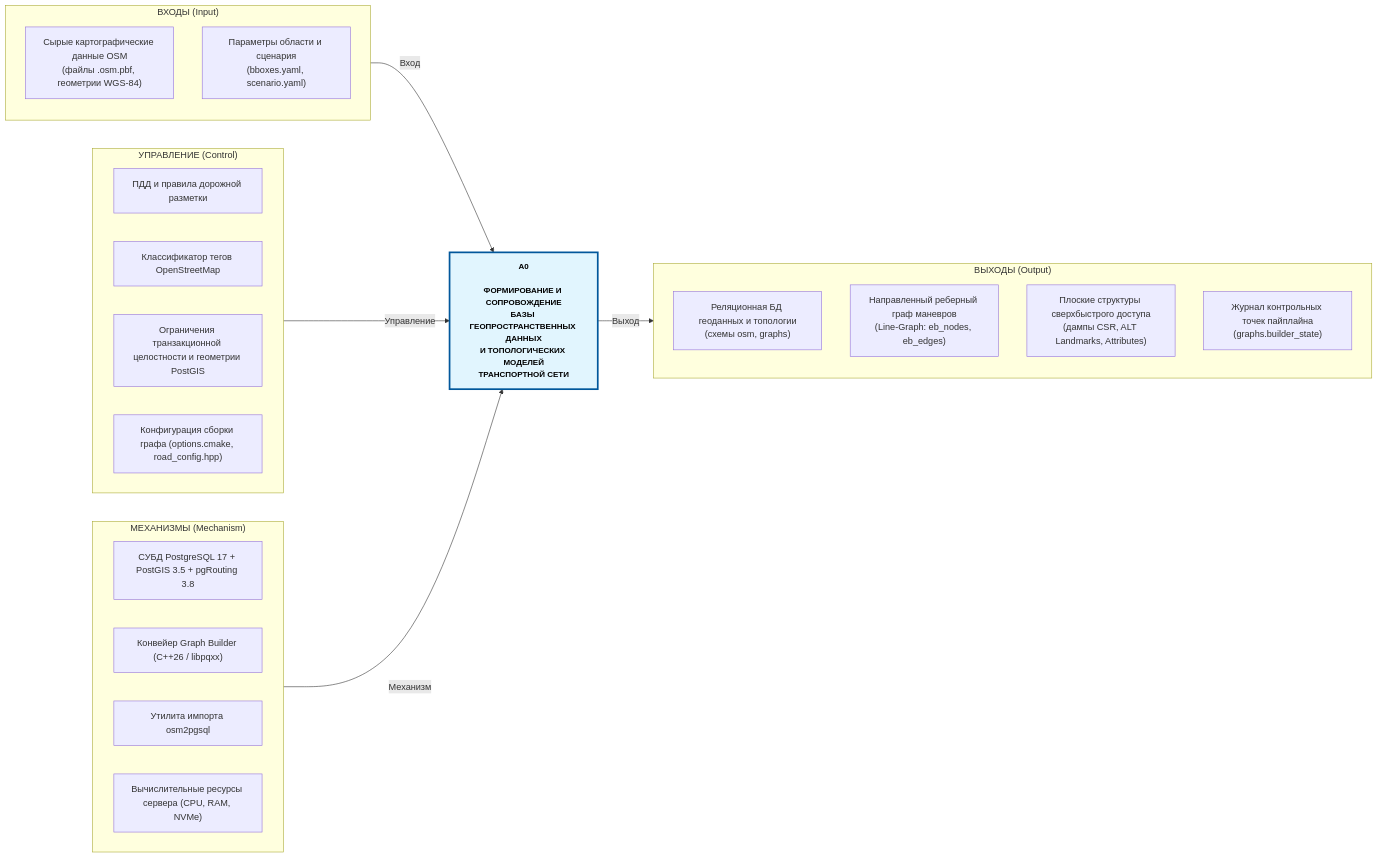
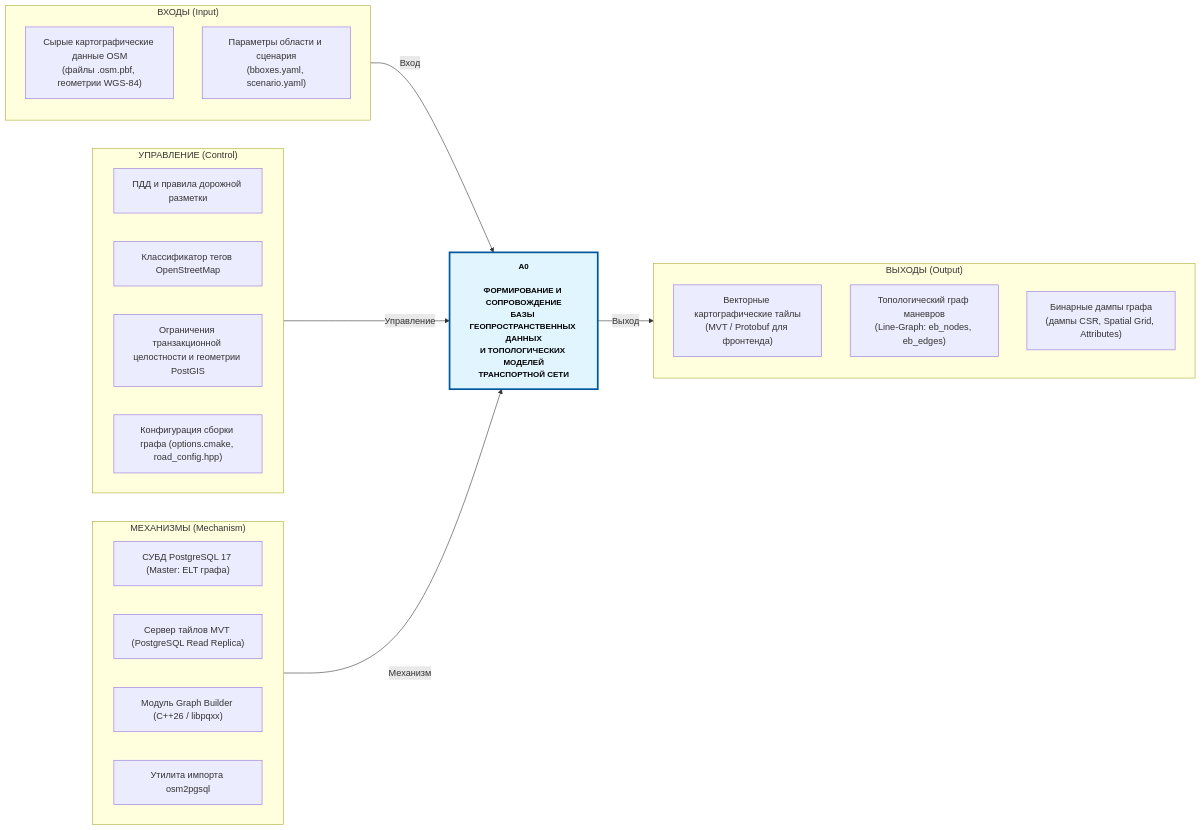
One commit to L1CH7/magistracy-diplom-iu12-docs changed the diagram in assets/diagrams/01-idef0-a0.mmd. Above: the diagram before and after it, drawn with Mermaid. The commit also changed 11 other files, not shown here.

Commit message:
feat(diagrams): исправить координаты и объединить схемы на одном листе drawio

```diff
--- a/assets/diagrams/01-idef0-a0.mmd
+++ b/assets/diagrams/01-idef0-a0.mmd
@@ -1,46 +1,45 @@
 flowchart LR
     %% =========================================================================
     %% IDEF0: Контекстная диаграмма A0
     %% Система: Формирование и сопровождение базы геоданных и топологии графа
     %% =========================================================================
 
     subgraph Inputs["ВХОДЫ (Input)"]
         direction TB
         I1["Сырые картографические данные OSM<br/>(файлы .osm.pbf, геометрии WGS-84)"]
         I2["Параметры области и сценария<br/>(bboxes.yaml, scenario.yaml)"]
     end
 
     subgraph Controls["УПРАВЛЕНИЕ (Control)"]
         direction LR
         C1["ПДД и правила дорожной разметки"]
         C2["Классификатор тегов OpenStreetMap"]
         C3["Ограничения транзакционной целостности и геометрии PostGIS"]
         C4["Конфигурация сборки графа (options.cmake, road_config.hpp)"]
     end
 
     subgraph Mechanisms["МЕХАНИЗМЫ (Mechanism)"]
         direction LR
-        M1["СУБД PostgreSQL 17 + PostGIS 3.5 + pgRouting 3.8"]
-        M2["Конвейер Graph Builder (C++26 / libpqxx)"]
-        M3["Утилита импорта osm2pgsql"]
-        M4["Вычислительные ресурсы сервера (CPU, RAM, NVMe)"]
+        M1["СУБД PostgreSQL 17 (Master: ELT графа)"]
+        M2["Сервер тайлов MVT (PostgreSQL Read Replica)"]
+        M3["Модуль Graph Builder (C++26 / libpqxx)"]
+        M4["Утилита импорта osm2pgsql"]
     end
 
     subgraph Outputs["ВЫХОДЫ (Output)"]
         direction TB
-        O1["Реляционная БД геоданных и топологии<br/>(схемы osm, graphs)"]
-        O2["Направленный реберный граф маневров<br/>(Line-Graph: eb_nodes, eb_edges)"]
-        O3["Плоские структуры сверхбыстрого доступа<br/>(дампы CSR, ALT Landmarks, Attributes)"]
-        O4["Журнал контрольных точек пайплайна<br/>(graphs.builder_state)"]
+        O1["Векторные картографические тайлы<br/>(MVT / Protobuf для фронтенда)"]
+        O2["Топологический граф маневров<br/>(Line-Graph: eb_nodes, eb_edges)"]
+        O3["Бинарные дампы графа<br/>(дампы CSR, Spatial Grid, Attributes)"]
     end
 
     A0["<b>А0</b><br/><br/><b>ФОРМИРОВАНИЕ И СОПРОВОЖДЕНИЕ<br/>БАЗЫ ГЕОПРОСТРАНСТВЕННЫХ ДАННЫХ<br/>И ТОПОЛОГИЧЕСКИХ МОДЕЛЕЙ<br/>ТРАНСПОРТНОЙ СЕТИ</b>"]:::processBlock
 
     %% Связи ICOM
     Inputs -->|Вход| A0
     Controls -->|Управление| A0
     Mechanisms -->|Механизм| A0
     A0 -->|Выход| Outputs
 
     classDef processBlock fill:#e1f5fe,stroke:#01579b,stroke-width:3px,color:#000,font-size:14px;
     classDef default font-family:sans-serif;
```
